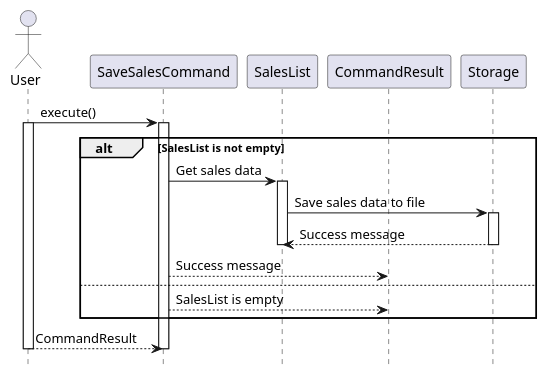
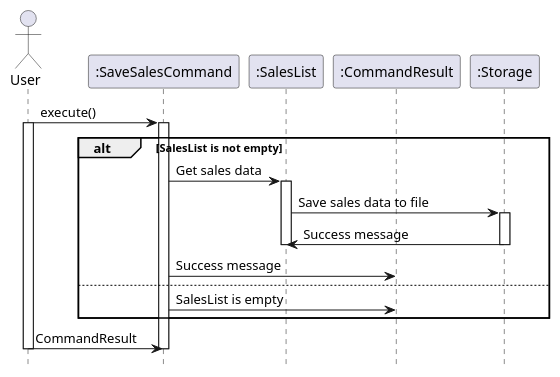
Before and after one commit to nus-cs2113-AY2324S1/tp: the diagram in docs/UML Diagrams/SaveSalesCommand.puml, drawn with PlantUML. The commit also changed 5 other files, not shown here.

Commit message:
Update PPP, UML diagrams, UG and DG

```diff
--- a/docs/UML Diagrams/SaveSalesCommand.puml
+++ b/docs/UML Diagrams/SaveSalesCommand.puml
@@ -1,29 +1,29 @@
 @startuml
 hide footbox
 actor User
-participant SaveSalesCommand
-participant SalesList
-participant CommandResult
-participant Storage
+participant ":SaveSalesCommand" as SaveSalesCommand
+participant ":SalesList" as SalesList
+participant ":CommandResult" as CommandResult
+participant ":Storage" as Storage
 
 User -> SaveSalesCommand: execute()
 activate User
 activate SaveSalesCommand
 
 alt SalesList is not empty
   SaveSalesCommand -> SalesList: Get sales data
   activate SalesList
   SalesList -> Storage: Save sales data to file
   activate Storage
-  Storage --> SalesList: Success message
+  Storage -> SalesList: Success message
   deactivate Storage
   deactivate SalesList
-  SaveSalesCommand --> CommandResult: Success message
+  SaveSalesCommand -> CommandResult: Success message
   else
-  SaveSalesCommand --> CommandResult: SalesList is empty
+  SaveSalesCommand -> CommandResult: SalesList is empty
 end
 
-User --> SaveSalesCommand: CommandResult
+User -> SaveSalesCommand: CommandResult
 deactivate User
 deactivate SaveSalesCommand
 @enduml
```
